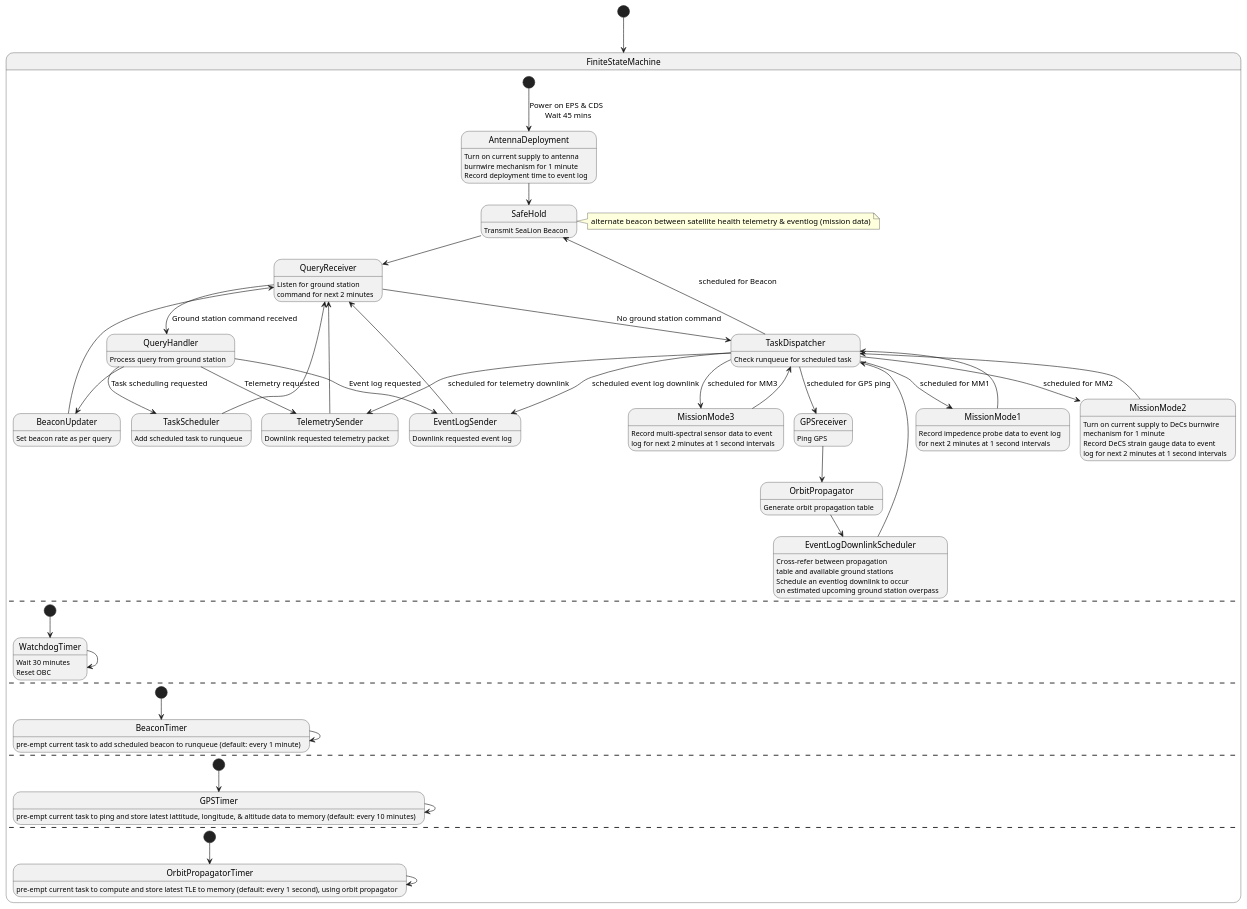
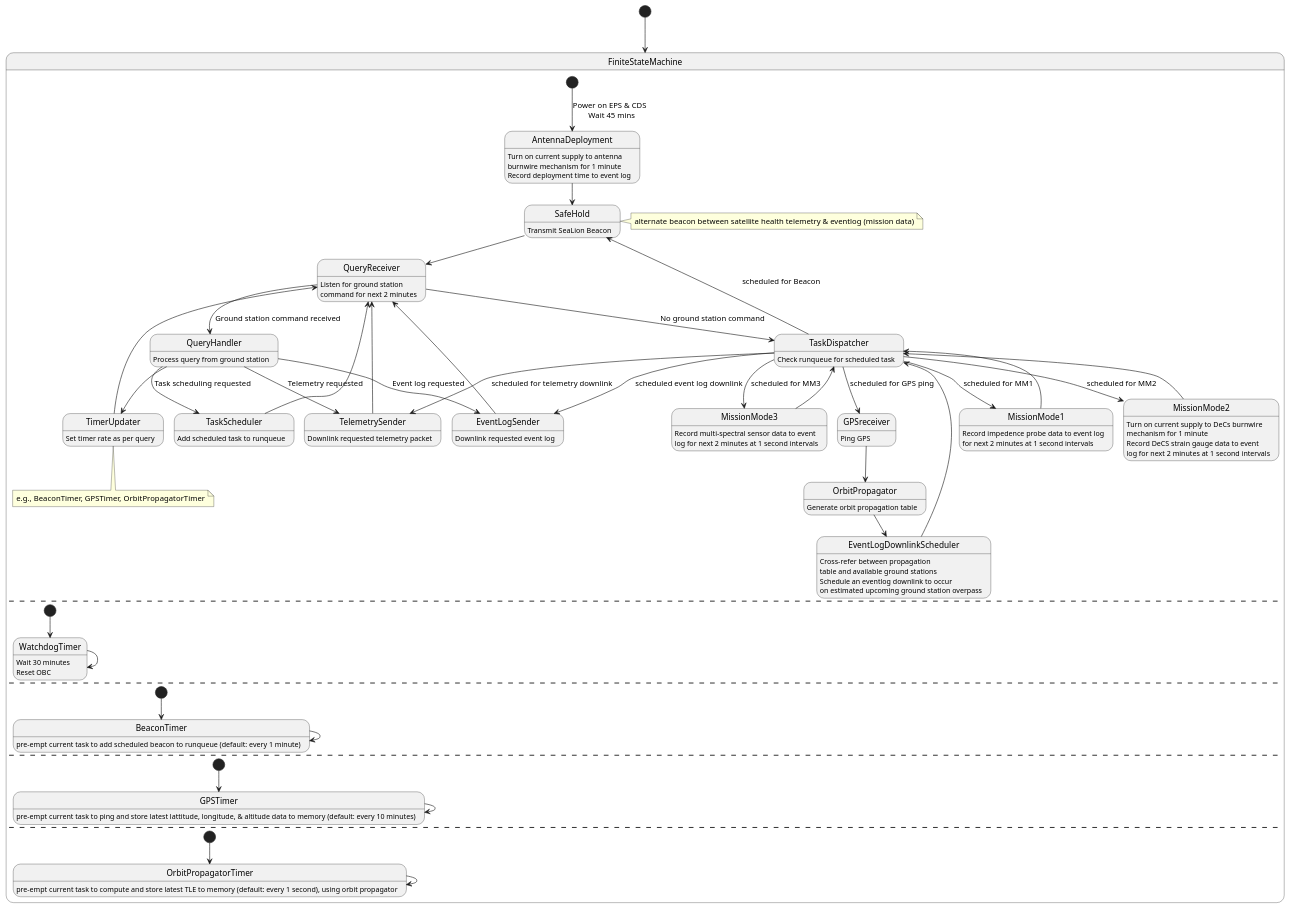
One commit to ODU-CGA-CubeSat/FSW changed the diagram in fsw-architecture/operating-mode-as-fsm.puml. Above: the diagram before and after it, drawn with PlantUML.

Commit message:
replace BeaconUpdater w/ TimerUpdater
- replace BeaconUpdater w/ TimerUpdater
- add note including example timers (BeaconTimer, GPSTimer, OrbitPropagatorTimer) on TimerUpdater

```diff
--- a/fsw-architecture/operating-mode-as-fsm.puml
+++ b/fsw-architecture/operating-mode-as-fsm.puml
@@ -1,96 +1,97 @@
 @startuml
 
 [*] --> FiniteStateMachine
 state FiniteStateMachine {
       state AntennaDeployment
             AntennaDeployment : Turn on current supply to antenna
             AntennaDeployment : burnwire mechanism for 1 minute
             AntennaDeployment : Record deployment time to event log
       state SafeHold
             SafeHold : Transmit SeaLion Beacon
       note right of SafeHold : alternate beacon between satellite health telemetry & eventlog (mission data)
       state QueryReceiver
             QueryReceiver : Listen for ground station
             QueryReceiver : command for next 2 minutes
       state TelemetrySender
             TelemetrySender : Downlink requested telemetry packet
       state EventLogSender
             EventLogSender : Downlink requested event log
-      state BeaconUpdater
-            BeaconUpdater : Set beacon rate as per query
+      state TimerUpdater
+      TimerUpdater : Set timer rate as per query
+      note bottom of TimerUpdater : e.g., BeaconTimer, GPSTimer, OrbitPropagatorTimer
       state MissionMode1
             MissionMode1 : Record impedence probe data to event log
             MissionMode1 : for next 2 minutes at 1 second intervals
       state MissionMode2
             MissionMode2 : Turn on current supply to DeCs burnwire
             MissionMode2 : mechanism for 1 minute
             MissionMode2 : Record DeCS strain gauge data to event
             MissionMode2 : log for next 2 minutes at 1 second intervals
       state MissionMode3
             MissionMode3 : Record multi-spectral sensor data to event
             MissionMode3 : log for next 2 minutes at 1 second intervals
       state TaskDispatcher
             TaskDispatcher : Check runqueue for scheduled task
       state OrbitPropagator
             OrbitPropagator : Generate orbit propagation table
       state EventLogDownlinkScheduler
             EventLogDownlinkScheduler : Cross-refer between propagation
             EventLogDownlinkScheduler : table and available ground stations
             EventLogDownlinkScheduler : Schedule an eventlog downlink to occur
             EventLogDownlinkScheduler : on estimated upcoming ground station overpass
       state GPSreceiver
             GPSreceiver : Ping GPS
       state QueryHandler
             QueryHandler : Process query from ground station
       state TaskScheduler
             TaskScheduler : Add scheduled task to runqueue
 
       [*] --> AntennaDeployment : Power on EPS & CDS \n Wait 45 mins
       AntennaDeployment --> SafeHold
       SafeHold --> QueryReceiver
       QueryReceiver --> QueryHandler : Ground station command received
       QueryHandler --> TelemetrySender : Telemetry requested
       QueryHandler --> EventLogSender : Event log requested
       QueryHandler --> TaskScheduler : Task scheduling requested
-      QueryHandler --> BeaconUpdater
-      BeaconUpdater --> QueryReceiver
+      QueryHandler --> TimerUpdater
+      TimerUpdater --> QueryReceiver
       TelemetrySender --> QueryReceiver
       EventLogSender --> QueryReceiver
       TaskScheduler --> QueryReceiver
       GPSreceiver --> OrbitPropagator
       OrbitPropagator --> EventLogDownlinkScheduler
       EventLogDownlinkScheduler --> TaskDispatcher
       QueryReceiver --> TaskDispatcher : No ground station command
       TaskDispatcher --> MissionMode1 : scheduled for MM1
       TaskDispatcher --> MissionMode2 : scheduled for MM2
       TaskDispatcher --> MissionMode3 : scheduled for MM3
       TaskDispatcher --> EventLogSender : scheduled event log downlink
       TaskDispatcher --> TelemetrySender : scheduled for telemetry downlink
       TaskDispatcher --> GPSreceiver : scheduled for GPS ping
       TaskDispatcher --> SafeHold : scheduled for Beacon
       MissionMode1 --> TaskDispatcher
       MissionMode2 --> TaskDispatcher
       MissionMode3 --> TaskDispatcher
       --
       state WatchdogTimer
             WatchdogTimer : Wait 30 minutes
             WatchdogTimer : Reset OBC
       [*] --> WatchdogTimer
       WatchdogTimer --> WatchdogTimer
       --
       state BeaconTimer
             BeaconTimer : pre-empt current task to add scheduled beacon to runqueue (default: every 1 minute)
       [*] --> BeaconTimer
       BeaconTimer --> BeaconTimer
       --
       state GPSTimer
             GPSTimer : pre-empt current task to ping and store latest lattitude, longitude, & altitude data to memory (default: every 10 minutes)
       [*] --> GPSTimer
       GPSTimer --> GPSTimer
       --
       state OrbitPropagatorTimer
             OrbitPropagatorTimer : pre-empt current task to compute and store latest TLE to memory (default: every 1 second), using orbit propagator
       [*] --> OrbitPropagatorTimer
       OrbitPropagatorTimer --> OrbitPropagatorTimer
 }
 @enduml
```
